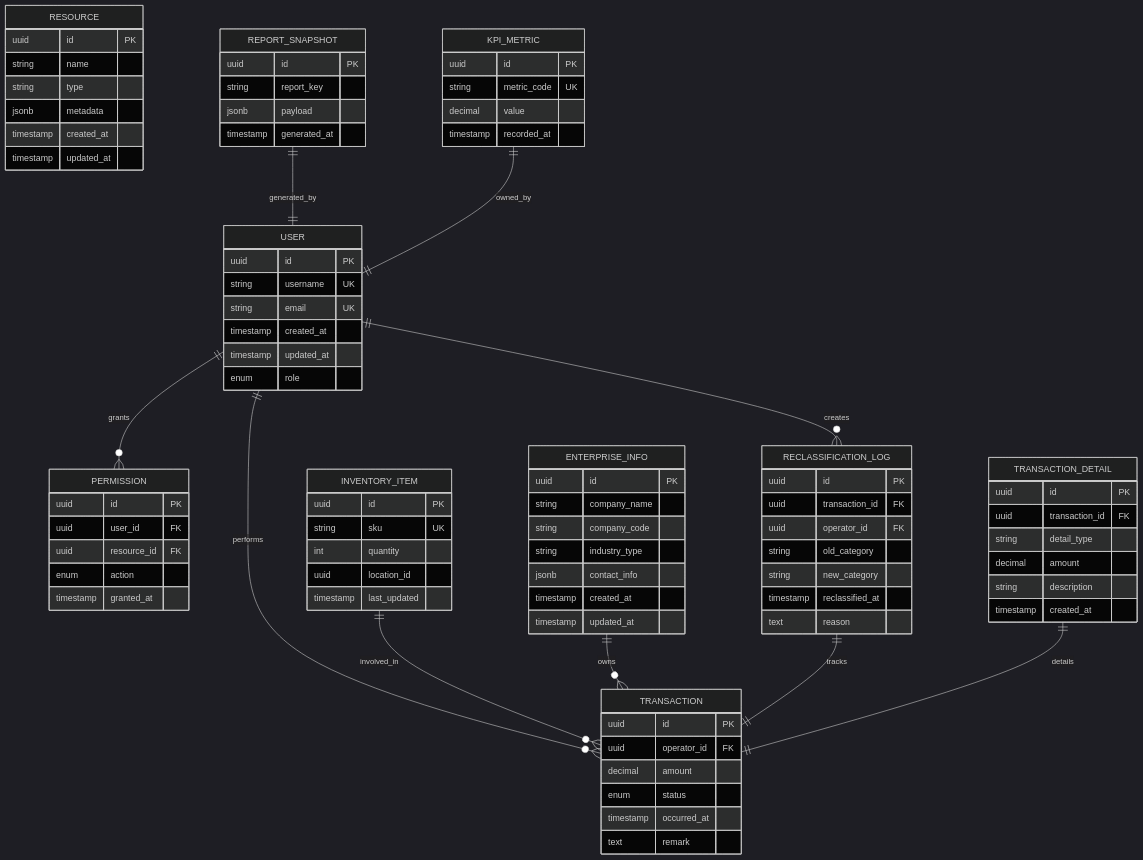
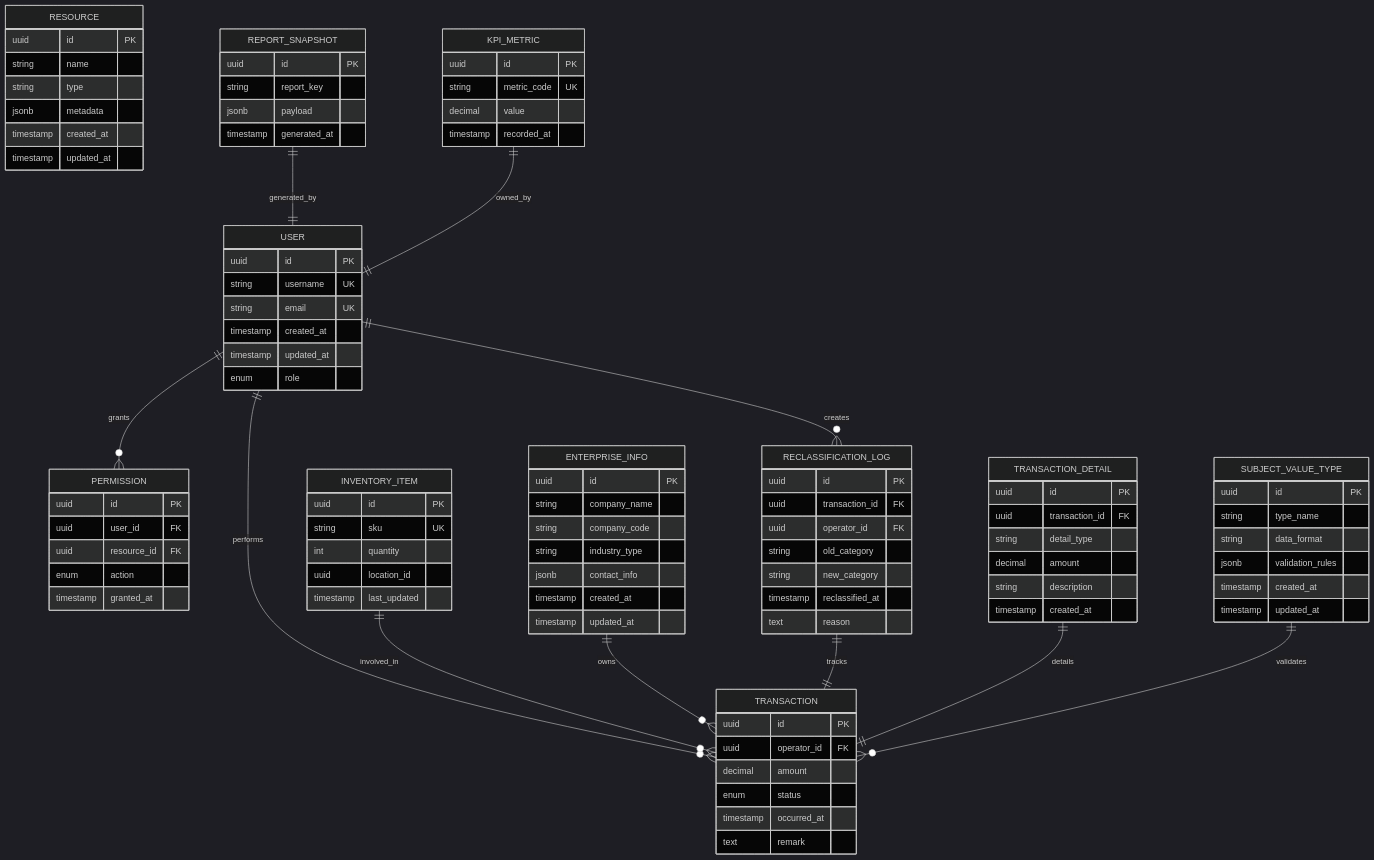
One commit to Damao997/newproject changed the sixth of 6 diagrams in .qoder/repowiki/zh/content/架构设计/数据库架构设计.md. Above: the diagram before and after it, drawn with Mermaid (dark theme). The commit also changed other lines of this file and 118 other files, not shown here.

````diff
--- a/.qoder/repowiki/zh/content/架构设计/数据库架构设计.md
+++ b/.qoder/repowiki/zh/content/架构设计/数据库架构设计.md
@@ -471,6 +477,14 @@
 string description
 timestamp created_at
 }
+SUBJECT_VALUE_TYPE {
+uuid id PK
+string type_name
+string data_format
+jsonb validation_rules
+timestamp created_at
+timestamp updated_at
+}
 USER ||--o{ PERMISSION : grants
 USER ||--o{ TRANSACTION : performs
 USER ||--o{ RECLASSIFICATION_LOG : creates
@@ -480,4 +494,5 @@
 ENTERPRISE_INFO ||--o{ TRANSACTION : owns
 RECLASSIFICATION_LOG ||--|| TRANSACTION : tracks
 TRANSACTION_DETAIL ||--|| TRANSACTION : details
+SUBJECT_VALUE_TYPE ||--o{ TRANSACTION : validates
 ```
````
